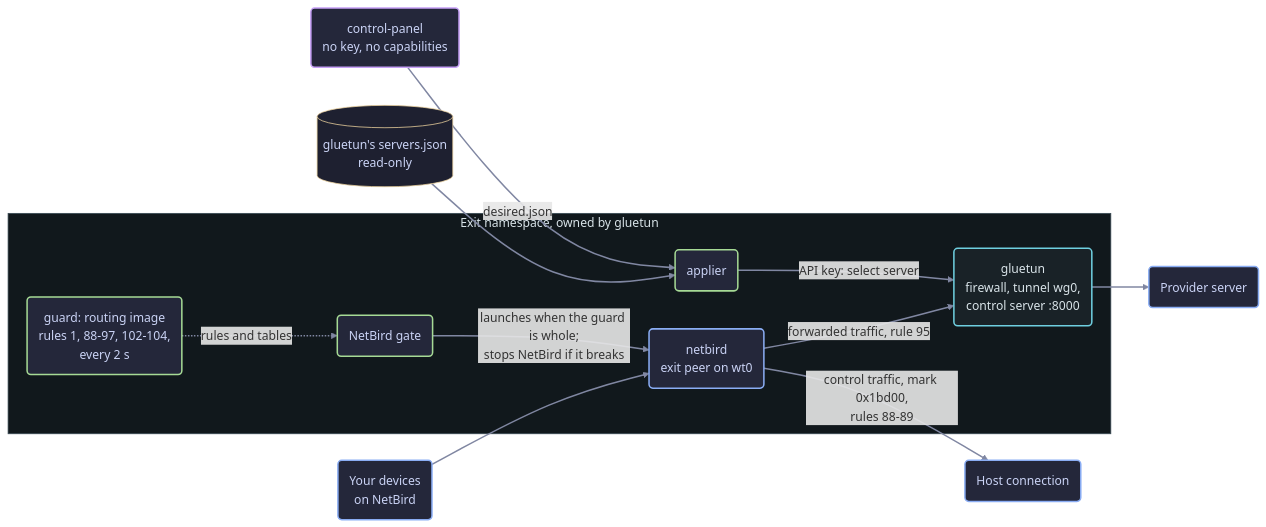
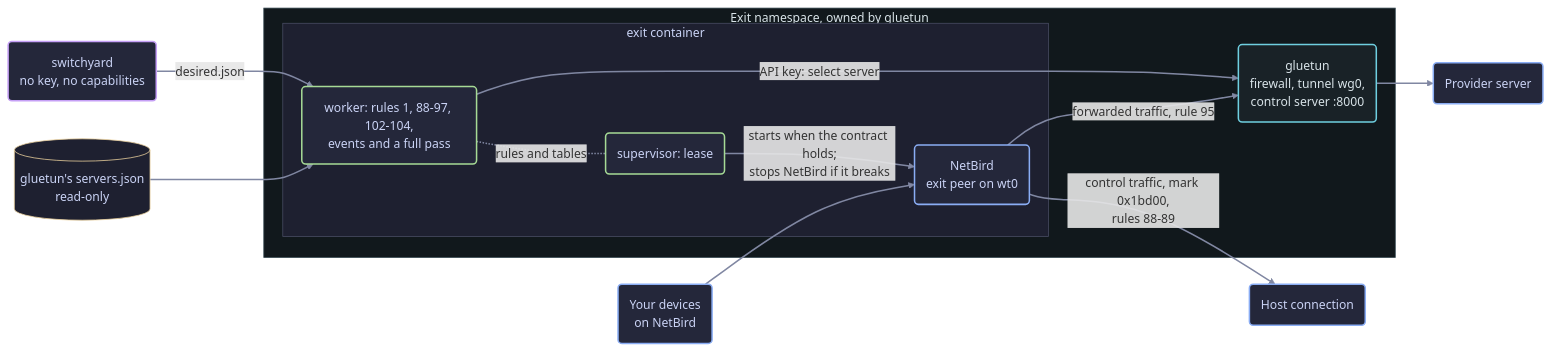
One commit to irashack/molebridge changed the third of 4 diagrams in docs/architecture.md. Above: the diagram before and after it, drawn with Mermaid. The commit also changed other lines of this file, not shown here.

Commit message:
docs: architecture for the supervisor, worker, lease and single image

````diff
--- a/docs/architecture.md
+++ b/docs/architecture.md
@@ -590,39 +680,40 @@
 ```mermaid
 flowchart LR
     device("Your devices<br/>on NetBird")
     provider("Provider server")
     subgraph ns["Exit namespace, owned by gluetun"]
         gluetun("gluetun<br/>firewall, tunnel wg0,<br/>control server :8000")
-        guard("guard: routing image<br/>rules 1, 88-97, 102-104,<br/>every 2 s")
-        gate("NetBird gate")
-        netbird("netbird<br/>exit peer on wt0")
-        applier("applier")
+        subgraph exit["exit container"]
+            worker("worker: rules 1, 88-97, 102-104,<br/>events and a full pass")
+            sup("supervisor: lease")
+            netbird("NetBird<br/>exit peer on wt0")
+        end
     end
     servers[("gluetun's servers.json<br/>read-only")]
-    panel("control-panel<br/>no key, no capabilities")
+    panel("switchyard<br/>no key, no capabilities")
     host("Host connection")
 
     device --> netbird
     netbird -- "forwarded traffic, rule 95" --> gluetun
     gluetun --> provider
-    gate -- "launches when the guard is whole;<br/>stops NetBird if it breaks" --> netbird
-    guard -. "rules and tables" .-> gate
-    applier -- "API key: select server" --> gluetun
-    servers --> applier
-    panel -- "desired.json" --> applier
+    sup -- "starts when the contract holds;<br/>stops NetBird if it breaks" --> netbird
+    worker -. "rules and tables" .- sup
+    worker -- "API key: select server" --> gluetun
+    servers --> worker
+    panel -- "desired.json" --> worker
     netbird -- "control traffic, mark 0x1bd00,<br/>rules 88-89" --> host
 
     classDef endpoint fill:#24273a,stroke:#8aadf4,color:#cad3f5,stroke-width:2px
     classDef routing fill:#24273a,stroke:#a6da95,color:#cad3f5,stroke-width:2px
-    classDef stopped fill:#24273a,stroke:#ed8796,color:#f4dbd6,stroke-width:2px
     classDef file fill:#1e2030,stroke:#eed49f,color:#cad3f5,stroke-width:1px
-    classDef gluetun fill:#192227,stroke:#6fcfe0,color:#d8e3e8,stroke-width:2px
-    classDef panel fill:#24273a,stroke:#c6a0f6,color:#cad3f5,stroke-width:2px
+    classDef gluetunc fill:#192227,stroke:#6fcfe0,color:#d8e3e8,stroke-width:2px
+    classDef panelc fill:#24273a,stroke:#c6a0f6,color:#cad3f5,stroke-width:2px
     class device,provider,netbird,host endpoint
-    class guard,gate,applier routing
-    class panel panel
+    class worker,sup routing
+    class panel panelc
     class servers file
-    class gluetun gluetun
+    class gluetun gluetunc
     style ns fill:#11181c,stroke:#384a54,color:#d8e3e8
+    style exit fill:#1e2030,stroke:#494d64,color:#cad3f5
     linkStyle default stroke:#8087a2,stroke-width:2px
 ```
````
